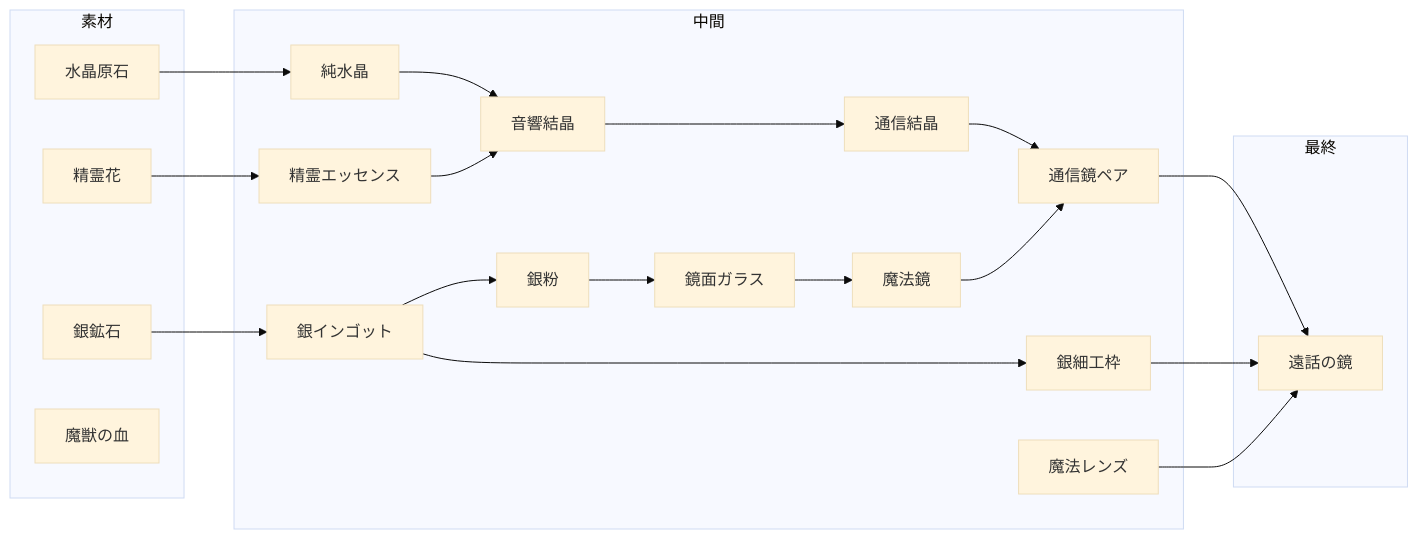
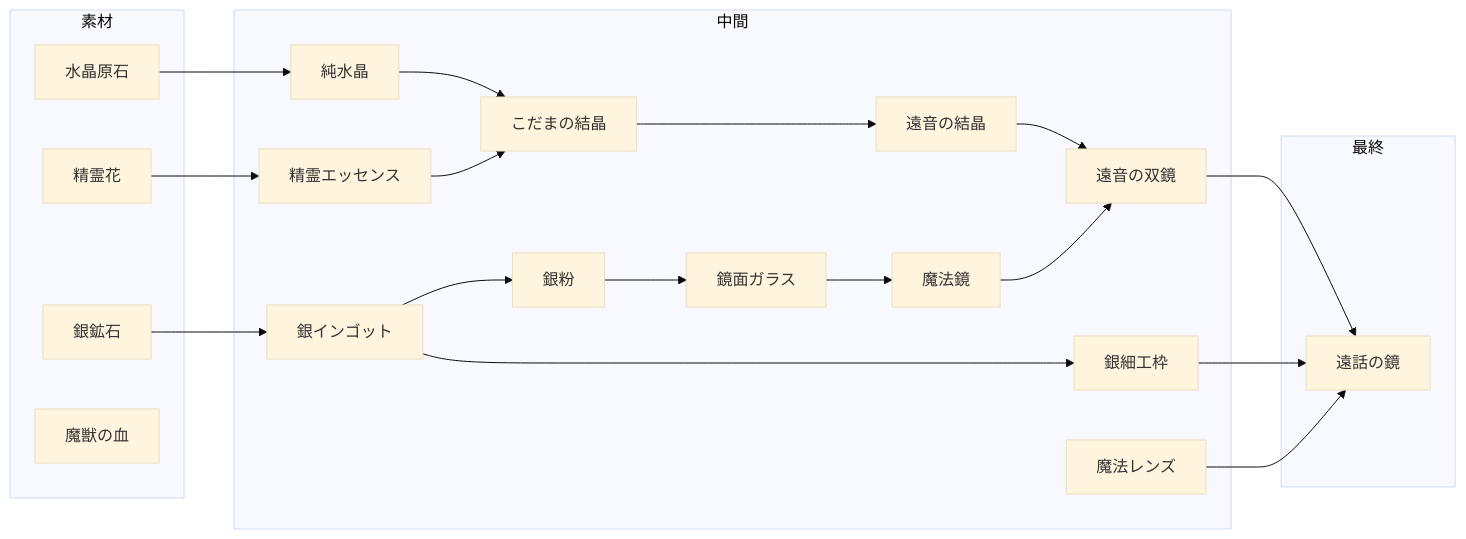
The seventh of 10 diagrams in documents/alchemy_tree_design.md (jonigata/Atelier), drawn with Mermaid (base theme) before and after one commit. The commit also changed other lines of this file, not shown here.

````diff
--- a/documents/alchemy_tree_design.md
+++ b/documents/alchemy_tree_design.md
@@ -269,36 +269,36 @@
 ```mermaid
 flowchart LR
     subgraph 素材
         crystal[水晶原石]
         spirit[精霊花]
         silver[銀鉱石]
         blood[魔獣の血]
     end
 
     subgraph 中間
         pure[純水晶]
         spirit_e[精霊エッセンス]
-        sound[音響結晶]
-        comm_c[通信結晶]
+        sound[こだまの結晶]
+        comm_c[遠音の結晶]
         silver_i[銀インゴット]
         silver_p[銀粉]
         mirror_g[鏡面ガラス]
         magic_m[魔法鏡]
-        comm_p[通信鏡ペア]
+        comm_p[遠音の双鏡]
         silver_f[銀細工枠]
         lens[魔法レンズ]
     end
 
     subgraph 最終
         far[遠話の鏡]
     end
 
     crystal --> pure --> sound
     spirit --> spirit_e --> sound --> comm_c
     silver --> silver_i --> silver_p --> mirror_g --> magic_m --> comm_p
     comm_c --> comm_p
     silver_i --> silver_f
     comm_p --> far
     lens --> far
     silver_f --> far
 ```
````
